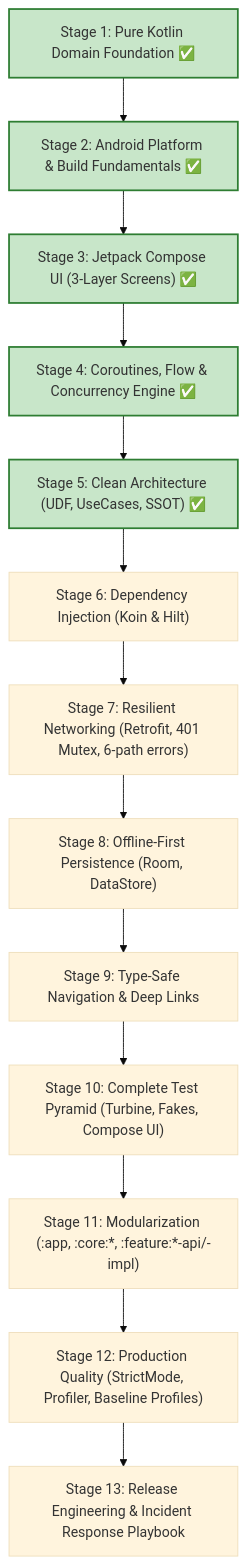
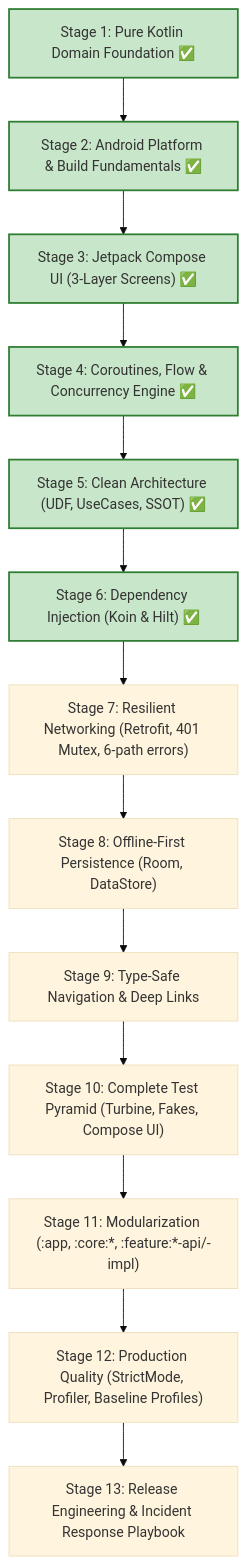
The diagram in enterprise-finance-tracker-real-time-app/README.md (rohitlavate97/android-development), drawn with Mermaid (base theme) before and after one commit. The commit also changed other lines of this file and 9 other files, not shown here.

Commit message:
feat(stage-6): Implement Dependency Injection with Koin modules, scope lifetimes, and checkModules test verification

````diff
--- a/enterprise-finance-tracker-real-time-app/README.md
+++ b/enterprise-finance-tracker-real-time-app/README.md
@@ -21,21 +21,22 @@
 ```mermaid
 graph TD
     S01["Stage 1: Pure Kotlin Domain Foundation ✅"] --> S02["Stage 2: Android Platform & Build Fundamentals ✅"]
     S02 --> S03["Stage 3: Jetpack Compose UI (3-Layer Screens) ✅"]
     S03 --> S04["Stage 4: Coroutines, Flow & Concurrency Engine ✅"]
     S04 --> S05["Stage 5: Clean Architecture (UDF, UseCases, SSOT) ✅"]
-    S05 --> S06["Stage 6: Dependency Injection (Koin & Hilt)"]
+    S05 --> S06["Stage 6: Dependency Injection (Koin & Hilt) ✅"]
     S06 --> S07["Stage 7: Resilient Networking (Retrofit, 401 Mutex, 6-path errors)"]
     S07 --> S08["Stage 8: Offline-First Persistence (Room, DataStore)"]
     S08 --> S09["Stage 9: Type-Safe Navigation & Deep Links"]
     S09 --> S10["Stage 10: Complete Test Pyramid (Turbine, Fakes, Compose UI)"]
     S10 --> S11["Stage 11: Modularization (:app, :core:*, :feature:*-api/-impl)"]
     S11 --> S12["Stage 12: Production Quality (StrictMode, Profiler, Baseline Profiles)"]
     S12 --> S13["Stage 13: Release Engineering & Incident Response Playbook"]
 
     style S01 fill:#c8e6c9,stroke:#2e7d32,stroke-width:2px
     style S02 fill:#c8e6c9,stroke:#2e7d32,stroke-width:2px
     style S03 fill:#c8e6c9,stroke:#2e7d32,stroke-width:2px
     style S04 fill:#c8e6c9,stroke:#2e7d32,stroke-width:2px
     style S05 fill:#c8e6c9,stroke:#2e7d32,stroke-width:2px
+    style S06 fill:#c8e6c9,stroke:#2e7d32,stroke-width:2px
 ```
````
